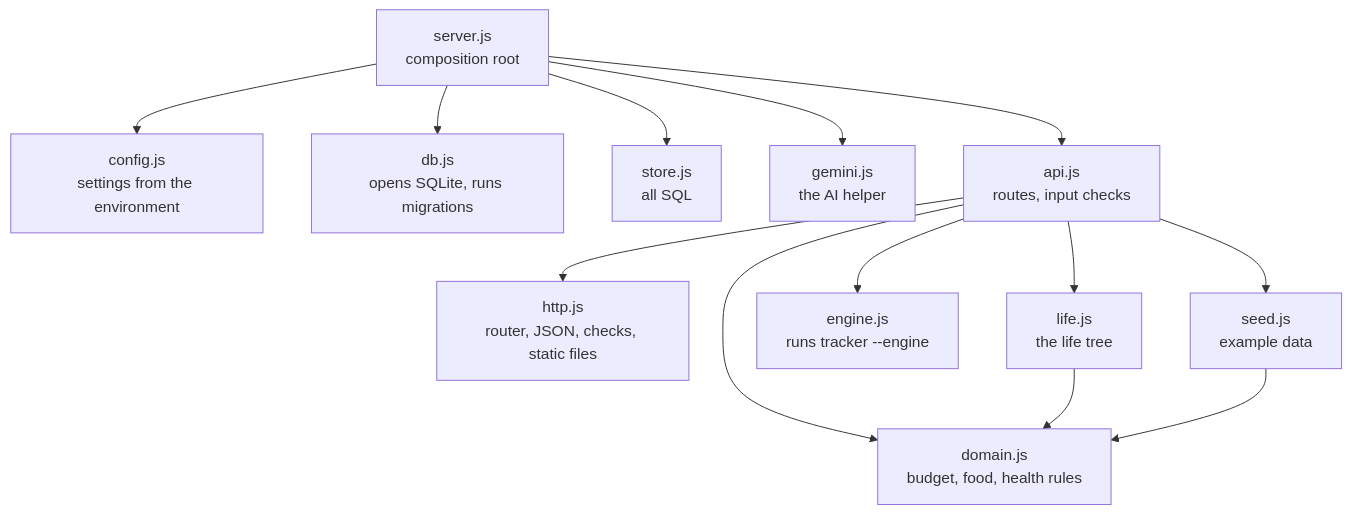
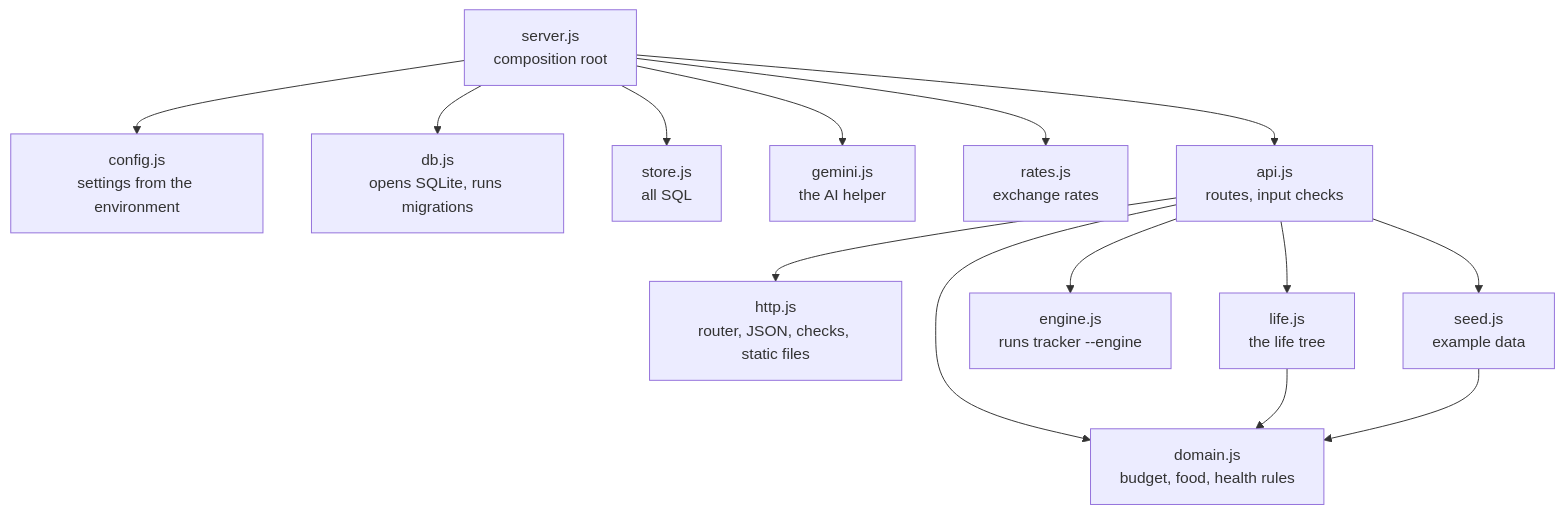
One commit to sih2006/Everything-A-Monash-Malaysia-Student-Would-Need changed the fourth of 6 diagrams in docs/02-design/trd.md. Above: the diagram before and after it, drawn with Mermaid. The commit also changed other lines of this file and 15 other files, not shown here.

````diff
--- a/docs/02-design/trd.md
+++ b/docs/02-design/trd.md
@@ -77,15 +79,16 @@
 ```mermaid
 flowchart TB
   server[server.js<br/>composition root] --> config[config.js<br/>settings from the environment]
   server --> db[db.js<br/>opens SQLite, runs migrations]
   server --> store[store.js<br/>all SQL]
   server --> gemini[gemini.js<br/>the AI helper]
+  server --> rates[rates.js<br/>exchange rates]
   server --> api
   api[api.js<br/>routes, input checks] --> http[http.js<br/>router, JSON, checks, static files]
   api --> domain[domain.js<br/>budget, food, health rules]
   api --> life[life.js<br/>the life tree]
   api --> engine[engine.js<br/>runs tracker --engine]
   api --> seed[seed.js<br/>example data]
   life --> domain
   seed --> domain
 ```
````
